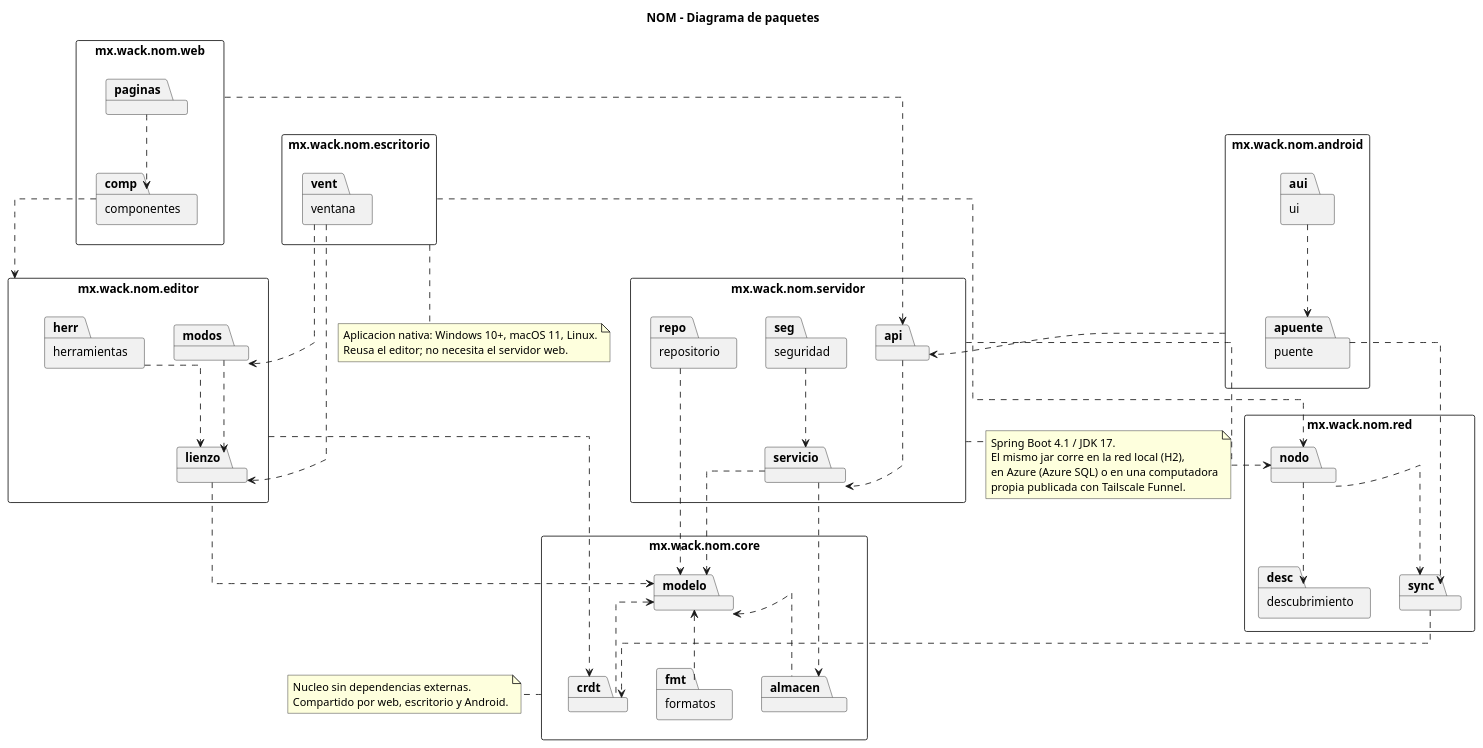
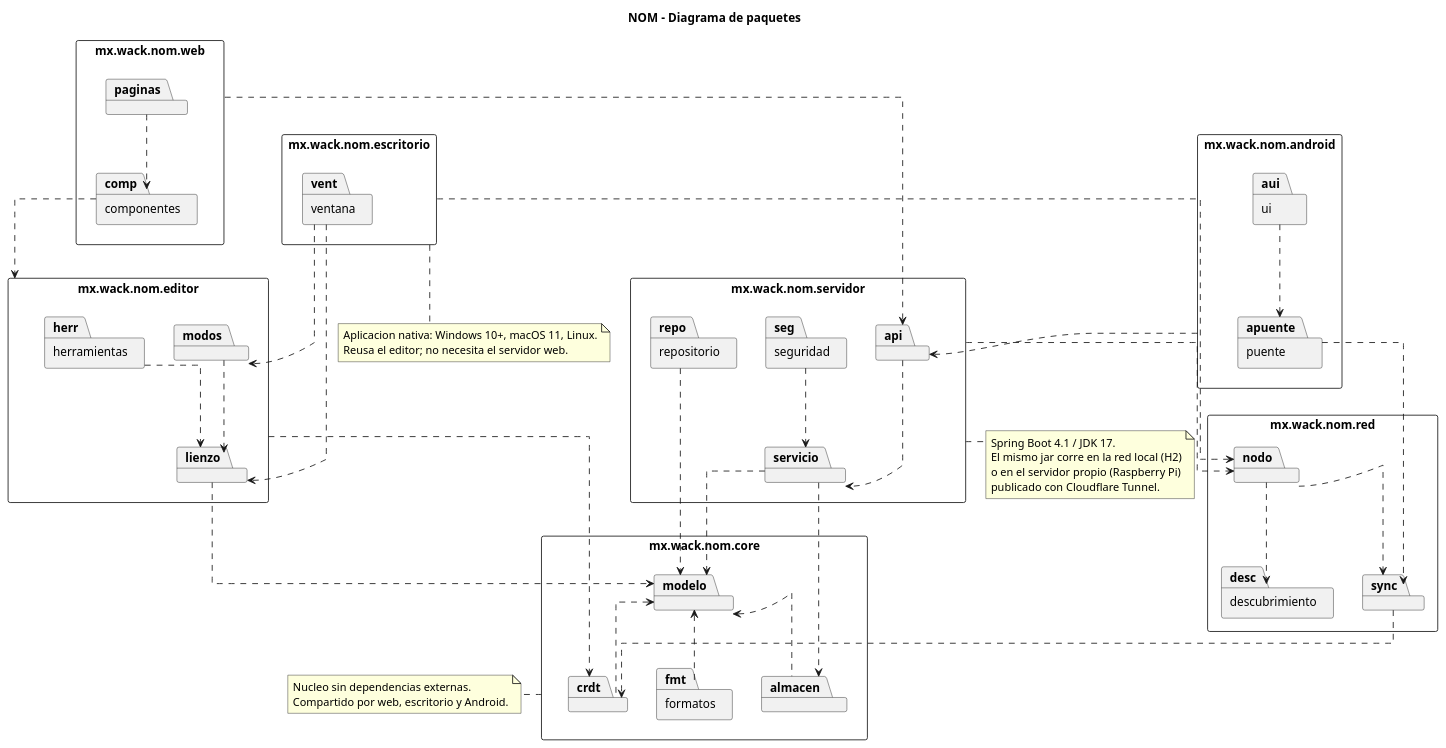
The diagram in 4-CODIGO/diagramas/src/02-paquetes.puml (TruTruMaster/NOM), drawn with PlantUML before and after one commit. The commit also changed 306 other files, not shown here.

```diff
--- a/4-CODIGO/diagramas/src/02-paquetes.puml
+++ b/4-CODIGO/diagramas/src/02-paquetes.puml
@@ -1,96 +1,96 @@
 @startuml 02-paquetes
 title NOM - Diagrama de paquetes
 skinparam shadowing false
 skinparam linetype ortho
 skinparam packageStyle rectangle
 
 package "mx.wack.nom.core" as core {
   package "modelo" as modelo
   package "crdt" as crdt
   package "almacen" as almacen
   package "formatos" as fmt
 }
 
 package "mx.wack.nom.editor" as editor {
   package "lienzo" as lienzo
   package "modos" as modos
   package "herramientas" as herr
 }
 
 package "mx.wack.nom.red" as red {
   package "nodo" as nodo
   package "descubrimiento" as desc
   package "sync" as sync
 }
 
 package "mx.wack.nom.servidor" as servidor {
   package "api" as api
   package "servicio" as servicio
   package "repositorio" as repo
   package "seguridad" as seg
 }
 
 package "mx.wack.nom.web" as web {
   package "paginas" as paginas
   package "componentes" as comp
 }
 
 package "mx.wack.nom.escritorio" as esc {
   package "ventana" as vent
 }
 
 package "mx.wack.nom.android" as android {
   package "ui" as aui
   package "puente" as apuente
 }
 
 ' dependencias (siempre hacia el nucleo)
 modelo <.. crdt
 modelo <.. almacen
 modelo <.. fmt
 
 lienzo ..> modelo
 modos ..> lienzo
 herr ..> lienzo
 editor ..> crdt
 
 sync ..> crdt
 nodo ..> sync
 nodo ..> desc
 
 servicio ..> modelo
 servicio ..> almacen
 repo ..> modelo
 api ..> servicio
 seg ..> servicio
 servidor ..> nodo
 
 comp ..> editor
 paginas ..> comp
 web ..> api
 
 vent ..> lienzo
 vent ..> modos
 esc ..> nodo
 
 aui ..> apuente
 apuente ..> sync
 android ..> api
 
 note bottom of core
   Nucleo sin dependencias externas.
   Compartido por web, escritorio y Android.
 end note
 
 note bottom of esc
   Aplicacion nativa: Windows 10+, macOS 11, Linux.
   Reusa el editor; no necesita el servidor web.
 end note
 
 note bottom of servidor
   Spring Boot 4.1 / JDK 17.
-  El mismo jar corre en la red local (H2),
-  en Azure (Azure SQL) o en una computadora
-  propia publicada con Tailscale Funnel.
+  El mismo jar corre en la red local (H2)
+  o en el servidor propio (Raspberry Pi)
+  publicado con Cloudflare Tunnel.
 end note
 @enduml
```
